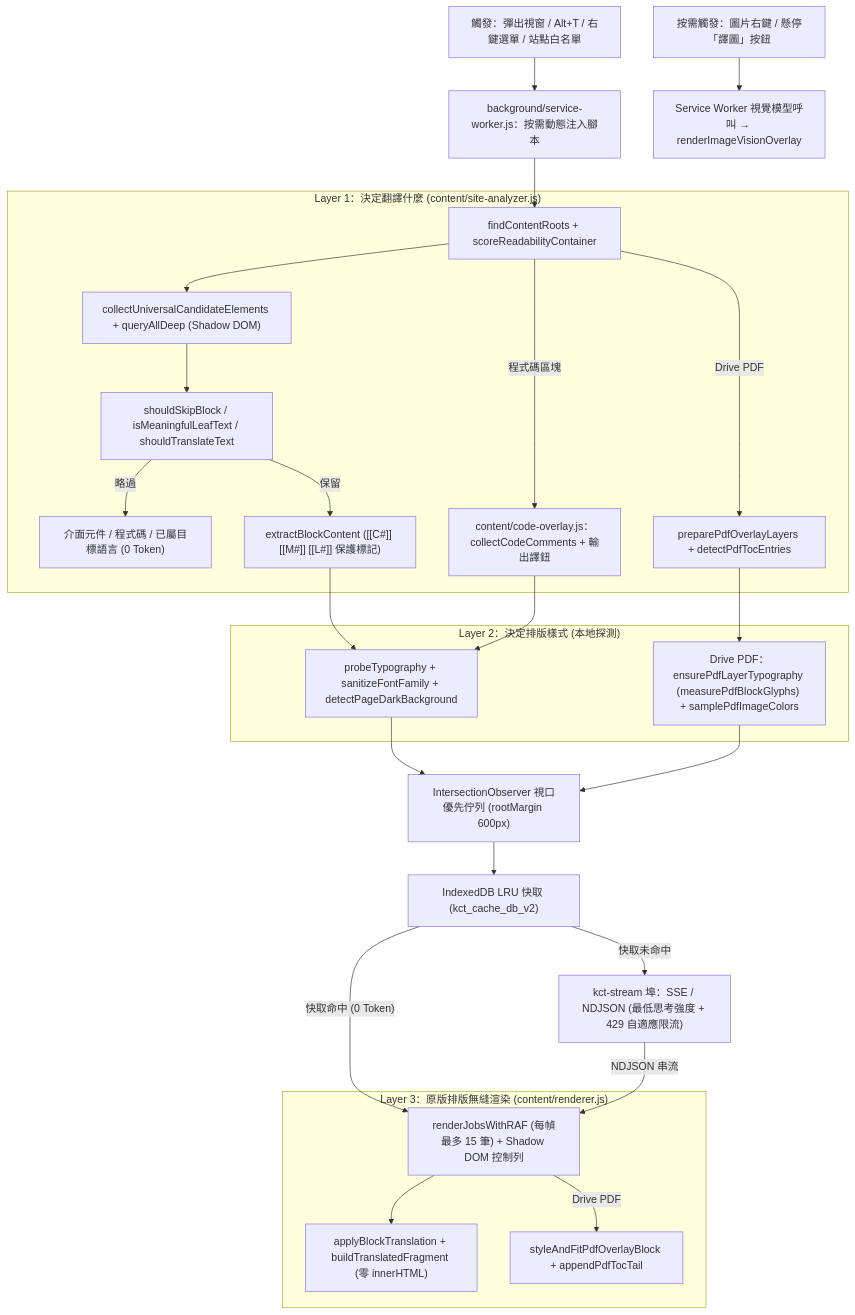
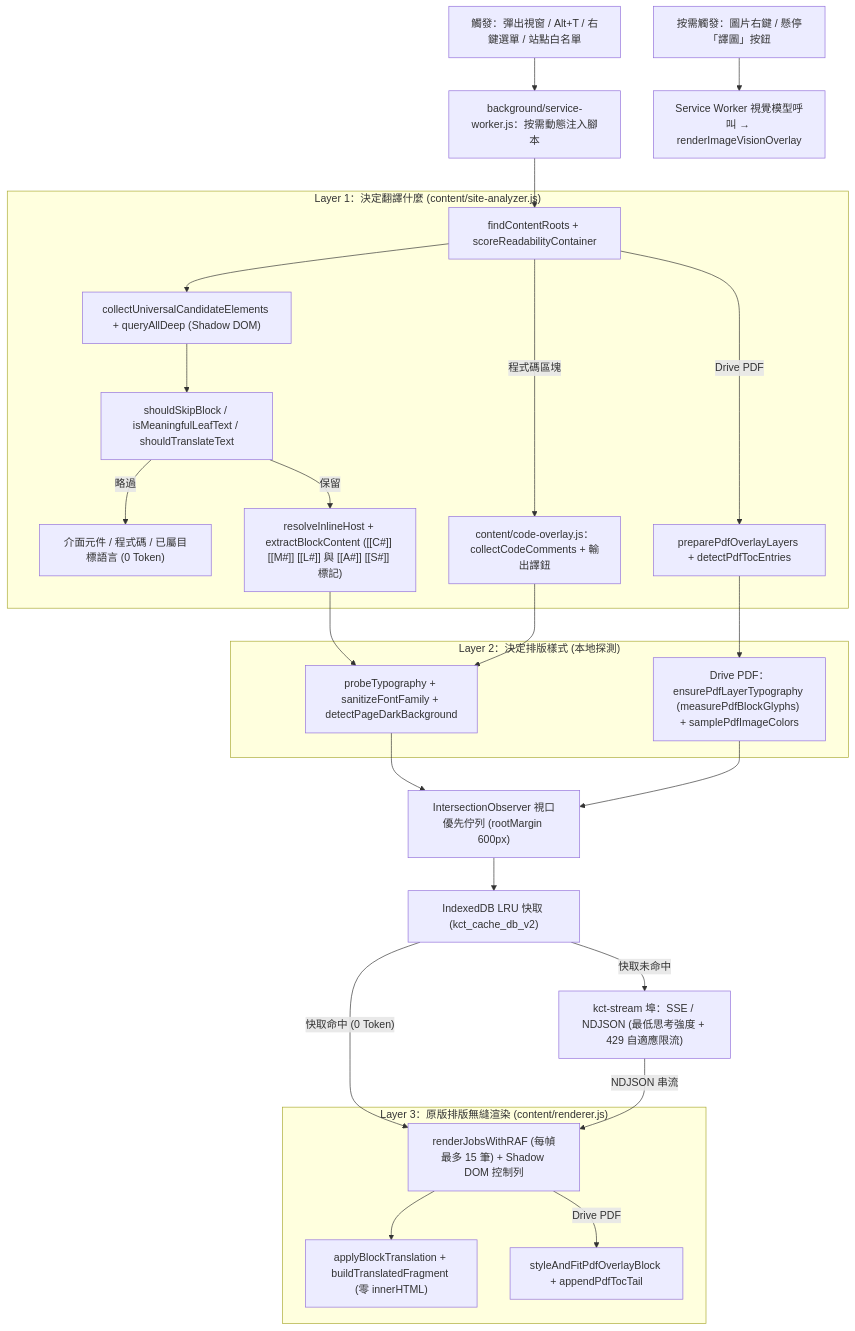
The second of 2 diagrams in README.zh-TW.md (Chih-Kai-Wang/kaggle-course-translator), drawn with Mermaid before and after one commit. The commit also changed other lines of this file and 47 other files, not shown here.

````diff
--- a/README.zh-TW.md
+++ b/README.zh-TW.md
@@ -104,39 +126,39 @@
 ```mermaid
 flowchart TD
     A["觸發：彈出視窗 / Alt+T / 右鍵選單 / 站點白名單"] --> B["background/service-worker.js：按需動態注入腳本"]
     B --> C1
 
     subgraph L1["Layer 1：決定翻譯什麼 (content/site-analyzer.js)"]
         C1["findContentRoots + scoreReadabilityContainer"]
         C1 --> C2["collectUniversalCandidateElements + queryAllDeep (Shadow DOM)"]
         C2 --> C3["shouldSkipBlock / isMeaningfulLeafText / shouldTranslateText"]
         C3 -->|"略過"| SKIP["介面元件 / 程式碼 / 已屬目標語言 (0 Token)"]
-        C3 -->|"保留"| C4["extractBlockContent ([[C#]] [[M#]] [[L#]] 保護標記)"]
+        C3 -->|"保留"| C4["resolveInlineHost + extractBlockContent ([[C#]] [[M#]] [[L#]] 與 [[A#]] [[S#]] 標記)"]
         C1 -->|"Drive PDF"| C5["preparePdfOverlayLayers + detectPdfTocEntries"]
         C1 -->|"程式碼區塊"| C6["content/code-overlay.js：collectCodeComments + 輸出譯鈕"]
     end
 
     subgraph L2["Layer 2：決定排版樣式 (本地探測)"]
         D1["probeTypography + sanitizeFontFamily + detectPageDarkBackground"]
         D2["Drive PDF：ensurePdfLayerTypography (measurePdfBlockGlyphs) + samplePdfImageColors"]
     end
 
     C4 --> D1
     C6 --> D1
     C5 --> D2
 
     D1 --> Q1["IntersectionObserver 視口優先佇列 (rootMargin 600px)"]
     D2 --> Q1
     Q1 --> Q2["IndexedDB LRU 快取 (kct_cache_db_v2)"]
     Q2 -->|"快取命中 (0 Token)"| R1
     Q2 -->|"快取未命中"| Q3["kct-stream 埠：SSE / NDJSON (最低思考強度 + 429 自適應限流)"]
     Q3 -->|"NDJSON 串流"| R1
 
     subgraph L3["Layer 3：原版排版無縫渲染 (content/renderer.js)"]
         R1["renderJobsWithRAF (每幀最多 15 筆) + Shadow DOM 控制列"]
         R1 --> R2["applyBlockTranslation + buildTranslatedFragment (零 innerHTML)"]
         R1 -->|"Drive PDF"| R3["styleAndFitPdfOverlayBlock + appendPdfTocTail"]
     end
 
     M1["按需觸發：圖片右鍵 / 懸停「譯圖」按鈕"] --> M2["Service Worker 視覺模型呼叫 → renderImageVisionOverlay"]
 ```
````
